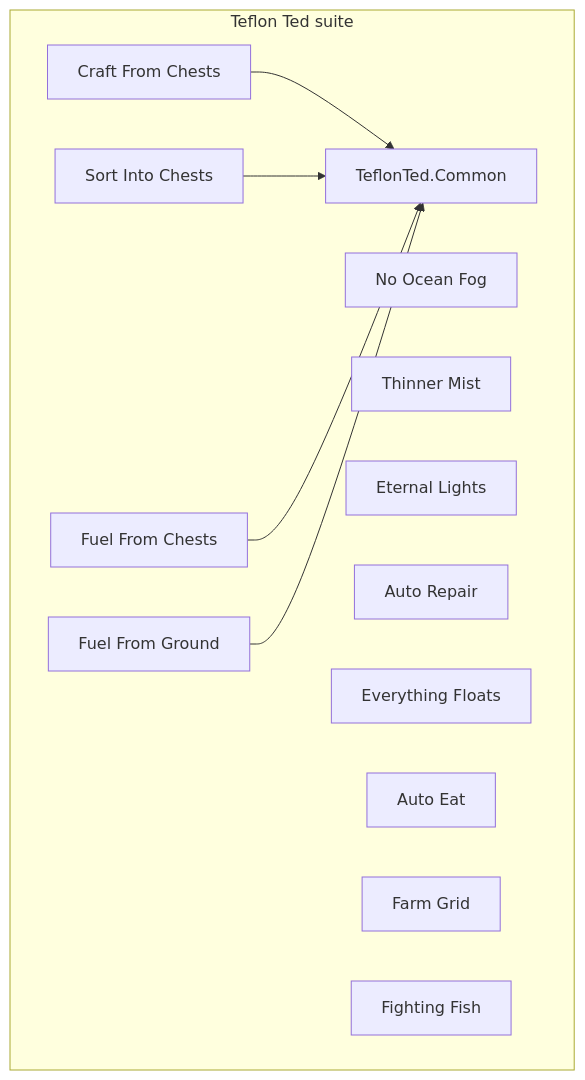
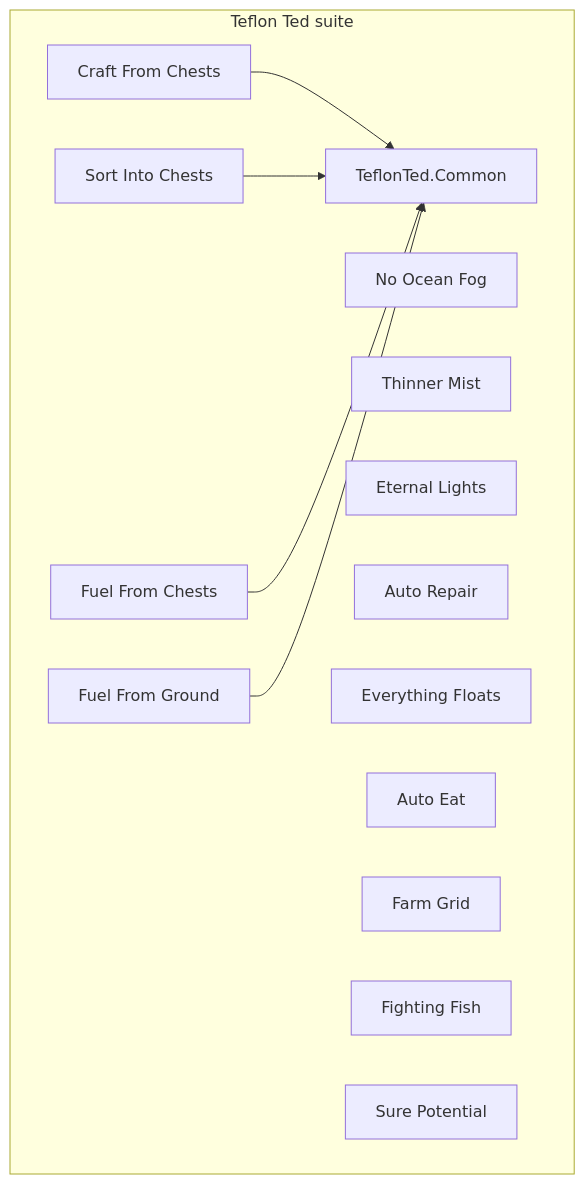
Before and after one commit to trak3r/valheim: the diagram in README.md, drawn with Mermaid. The commit also changed other lines of this file and 5 other files, not shown here.

Commit message:
Add Sure Potential: Forge of Potential upgrades always succeed.

````diff
--- a/README.md
+++ b/README.md
@@ -5,22 +5,23 @@
 ```mermaid
 flowchart TB
   subgraph suite [Teflon Ted suite]
     Common[TeflonTed.Common]
     Craft[Craft From Chests]
     Sort[Sort Into Chests]
     FuelC[Fuel From Chests]
     FuelG[Fuel From Ground]
     Fog[No Ocean Fog]
     Mist[Thinner Mist]
     Lights[Eternal Lights]
     Repair[Auto Repair]
     Float[Everything Floats]
     Eat[Auto Eat]
     Farm[Farm Grid]
     Fish[Fighting Fish]
+    Sure[Sure Potential]
   end
   Craft --> Common
   Sort --> Common
   FuelC --> Common
   FuelG --> Common
 ```
````
